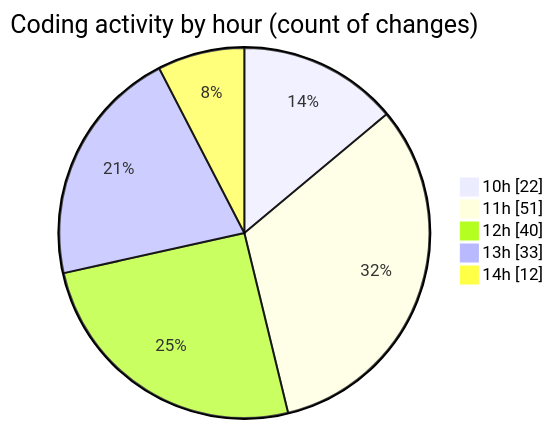
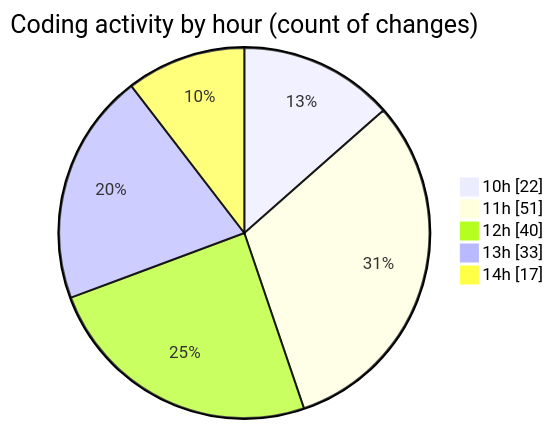
The second of 2 diagrams in 2025-04-29/cda/README.md (momahboobian/code-tracking), drawn with Mermaid before and after one commit. The commit also changed other lines of this file and 1 other file, not shown here.

````diff
--- a/2025-04-29/cda/README.md
+++ b/2025-04-29/cda/README.md
@@ -52,9 +53,9 @@
 ```mermaid
 pie showData
 title Coding activity by hour (count of changes)
 "10h" : 22
 "11h" : 51
 "12h" : 40
 "13h" : 33
-"14h" : 12
+"14h" : 17
 ```
````
